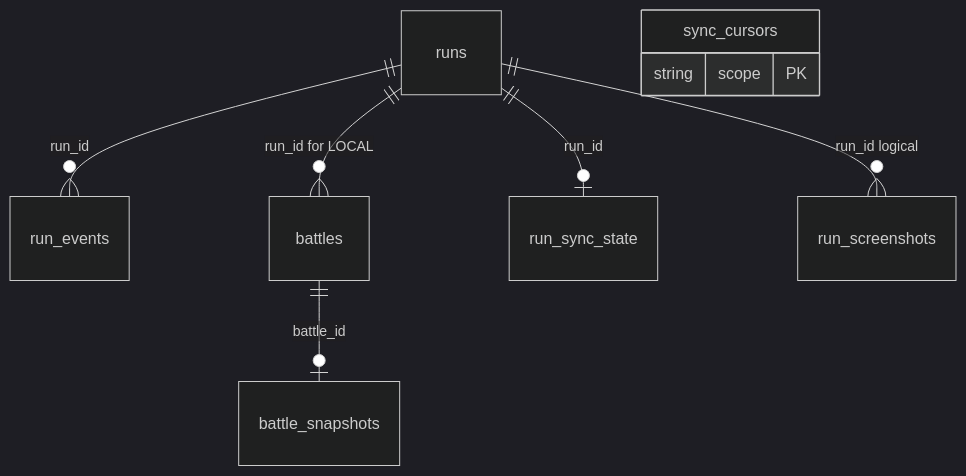
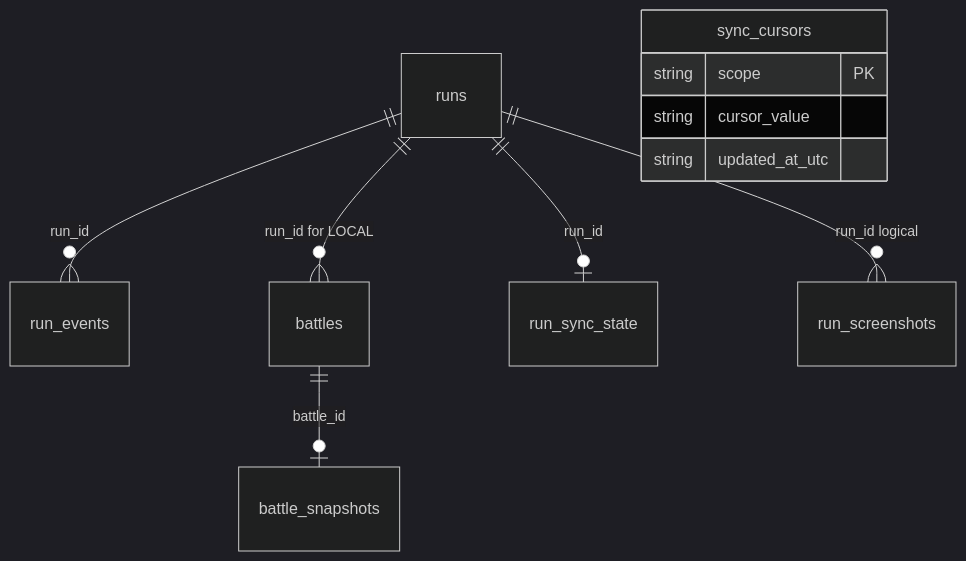
One commit to BazaarPlusPlus/bazaarplusplus-mod changed the diagram in docs/reference/sqlite-schema-reference.md. Above: the diagram before and after it, drawn with Mermaid (dark theme). The commit also changed 5 other files, not shown here.

````diff
--- a/docs/reference/sqlite-schema-reference.md
+++ b/docs/reference/sqlite-schema-reference.md
@@ -43,11 +43,13 @@
 ```mermaid
 erDiagram
     runs ||--o{ run_events : "run_id"
     runs ||--o{ battles : "run_id for LOCAL"
     battles ||--o| battle_snapshots : "battle_id"
     runs ||--o| run_sync_state : "run_id"
     runs ||--o{ run_screenshots : "run_id logical"
     sync_cursors {
         string scope PK
+        string cursor_value
+        string updated_at_utc
     }
 ```
````
